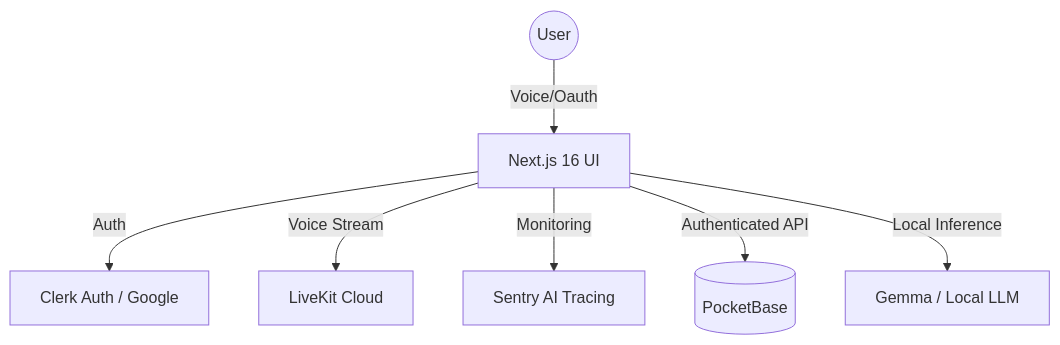
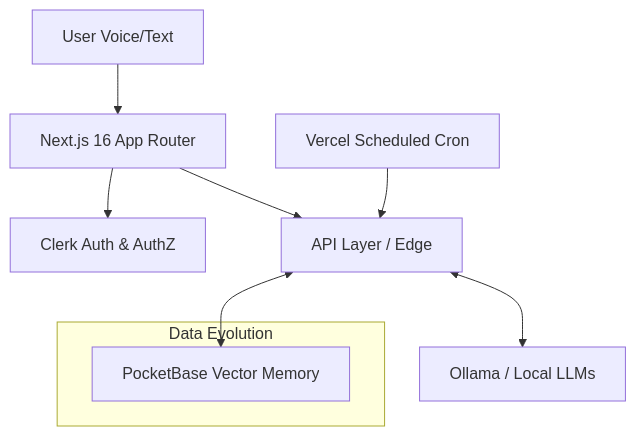
The diagram in README.md (Moeabdelaziz007/digitaltwin-local-agent), drawn with Mermaid before and after one commit. The commit also changed other lines of this file and 28 other files, not shown here.

````diff
--- a/README.md
+++ b/README.md
@@ -25,9 +44,12 @@
 ```mermaid
 graph TD
-    User((User)) -->|Voice/Oauth| Front[Next.js 16 UI]
-    Front -->|Auth| Clerk[Clerk Auth / Google]
-    Front -->|Voice Stream| LK[LiveKit Cloud]
-    Front -->|Monitoring| Sentry[Sentry AI Tracing]
-    Front -->|Authenticated API| PB[(PocketBase)]
-    Front -->|Local Inference| Ollama[Gemma / Local LLM]
+  U[User Voice/Text] --> W[Next.js 16 App Router]
+  W --> C[Clerk Auth & AuthZ]
+  W --> A[API Layer / Edge]
+  A <--> P[PocketBase Vector Memory]
+  A <--> O[Ollama / Local LLMs]
+  V[Vercel Scheduled Cron] --> A
+  subgraph Data Evolution
+    P
+  end
 ```
````
